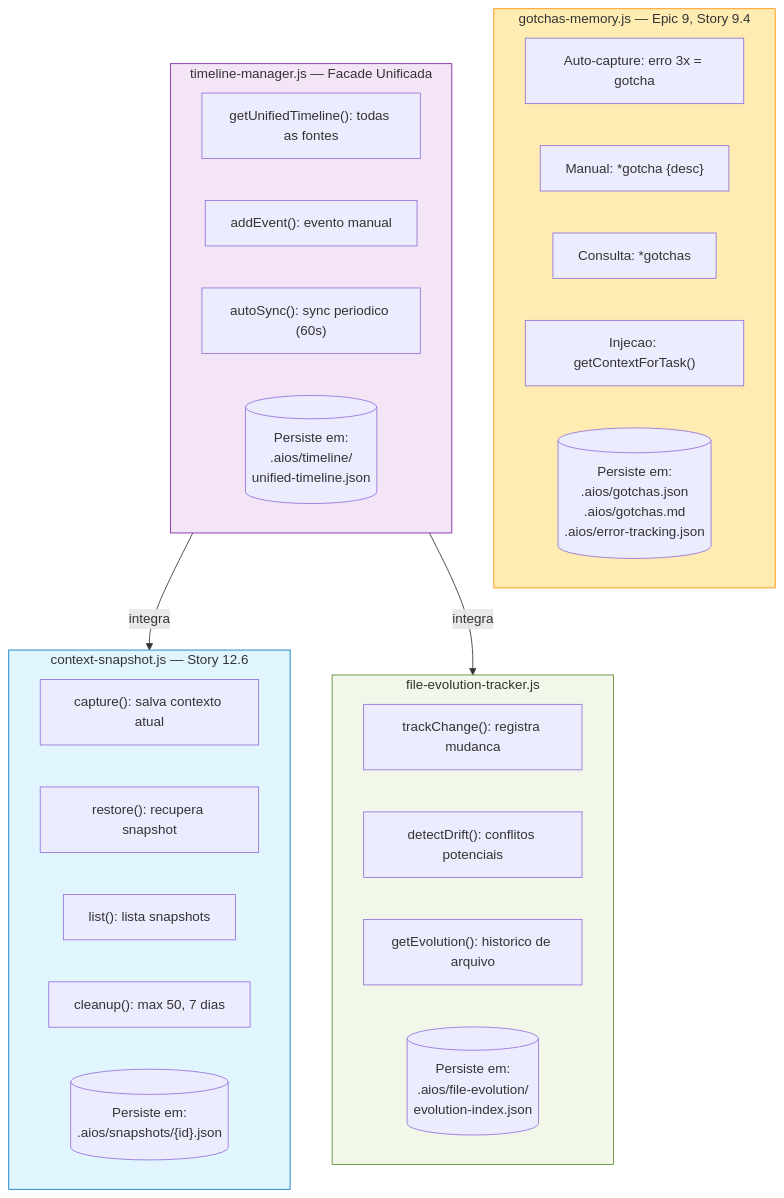
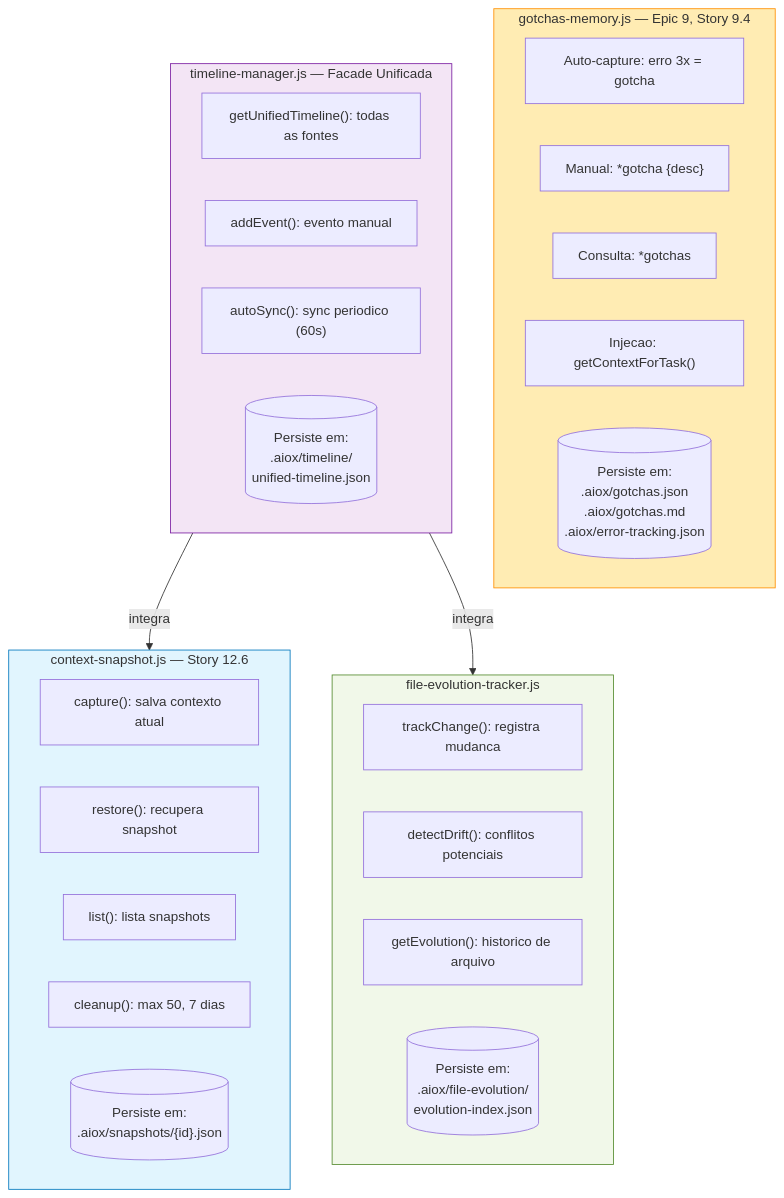
Before and after one commit to brunajunckes/aiox-core: the sixth of 18 diagrams in docs/guides/MEMORY-SYSTEM.md, drawn with Mermaid. The commit also changed other lines of this file and 3396 other files, not shown here.

First line of the commit message:
chore: rebrand aios → aiox across entire codebase (#552)

````diff
--- a/docs/guides/MEMORY-SYSTEM.md
+++ b/docs/guides/MEMORY-SYSTEM.md
@@ -252,40 +252,40 @@
 ```mermaid
 flowchart TD
     subgraph GOTCHAS["gotchas-memory.js — Epic 9, Story 9.4"]
         G1["Auto-capture: erro 3x = gotcha"]
         G2["Manual: *gotcha {desc}"]
         G3["Consulta: *gotchas"]
         G4["Injecao: getContextForTask()"]
-        G5[("Persiste em:<br/>.aios/gotchas.json<br/>.aios/gotchas.md<br/>.aios/error-tracking.json")]
+        G5[("Persiste em:<br/>.aiox/gotchas.json<br/>.aiox/gotchas.md<br/>.aiox/error-tracking.json")]
     end
 
     subgraph SNAPSHOTS["context-snapshot.js — Story 12.6"]
         S1["capture(): salva contexto atual"]
         S2["restore(): recupera snapshot"]
         S3["list(): lista snapshots"]
         S4["cleanup(): max 50, 7 dias"]
-        S5[("Persiste em:<br/>.aios/snapshots/{id}.json")]
+        S5[("Persiste em:<br/>.aiox/snapshots/{id}.json")]
     end
 
     subgraph FILE_EVO["file-evolution-tracker.js"]
         F1["trackChange(): registra mudanca"]
         F2["detectDrift(): conflitos potenciais"]
         F3["getEvolution(): historico de arquivo"]
-        F4[("Persiste em:<br/>.aios/file-evolution/<br/>evolution-index.json")]
+        F4[("Persiste em:<br/>.aiox/file-evolution/<br/>evolution-index.json")]
     end
 
     subgraph TIMELINE_MGR["timeline-manager.js — Facade Unificada"]
         T1["getUnifiedTimeline(): todas as fontes"]
         T2["addEvent(): evento manual"]
         T3["autoSync(): sync periodico (60s)"]
-        T4[("Persiste em:<br/>.aios/timeline/<br/>unified-timeline.json")]
+        T4[("Persiste em:<br/>.aiox/timeline/<br/>unified-timeline.json")]
     end
 
     TIMELINE_MGR -->|"integra"| SNAPSHOTS
     TIMELINE_MGR -->|"integra"| FILE_EVO
 
     style GOTCHAS fill:#FFECB3,stroke:#FF8F00
     style SNAPSHOTS fill:#E1F5FE,stroke:#0277BD
     style FILE_EVO fill:#F1F8E9,stroke:#558B2F
     style TIMELINE_MGR fill:#F3E5F5,stroke:#7B1FA2
 ```
````
